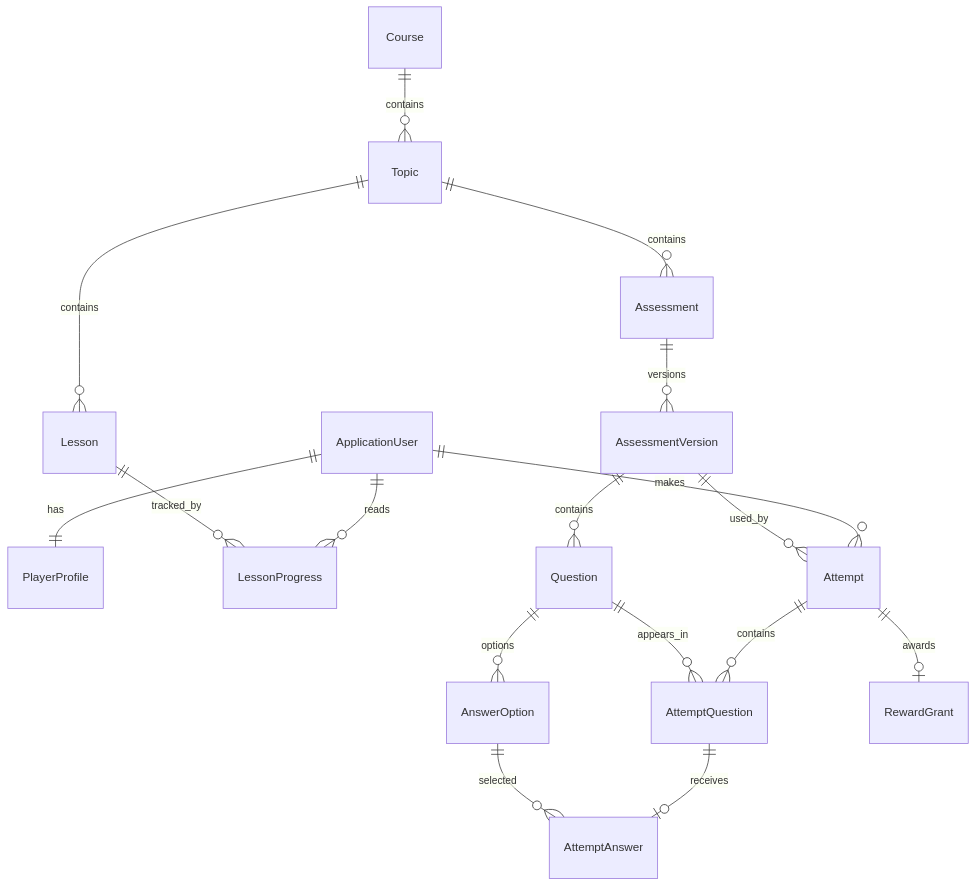
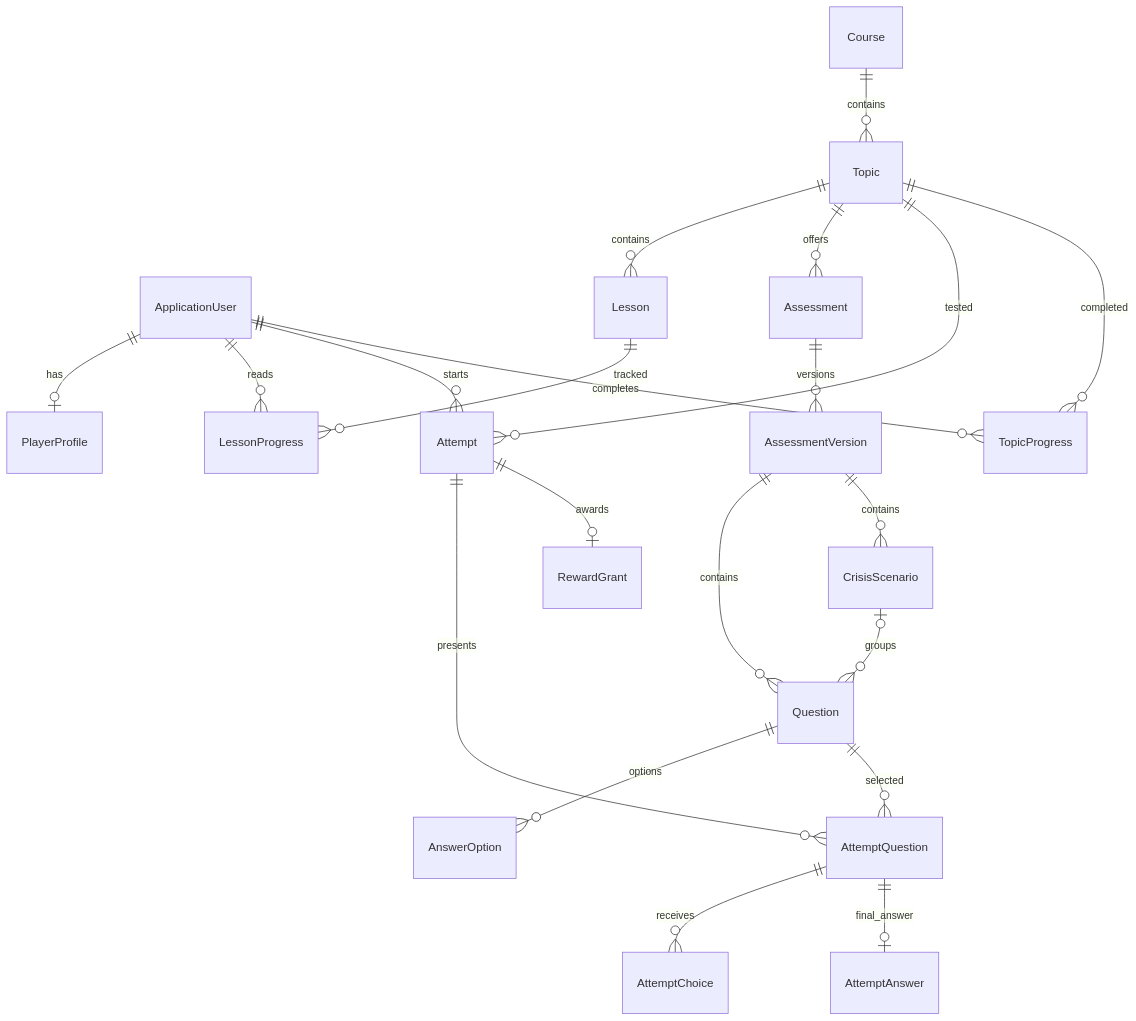
The diagram in docs/domain-model.md (Dishwasherzz/edtech-gamification-platform), drawn with Mermaid before and after one commit. The commit also changed other lines of this file and 56 other files, not shown here.

````diff
--- a/docs/domain-model.md
+++ b/docs/domain-model.md
@@ -23,19 +26,23 @@
 ```mermaid
 erDiagram
-    ApplicationUser ||--|| PlayerProfile : has
-    ApplicationUser ||--o{ LessonProgress : reads
+    ApplicationUser ||--o| PlayerProfile : has
     Course ||--o{ Topic : contains
     Topic ||--o{ Lesson : contains
-    Lesson ||--o{ LessonProgress : tracked_by
-    Topic ||--o{ Assessment : contains
+    ApplicationUser ||--o{ LessonProgress : reads
+    Lesson ||--o{ LessonProgress : tracked
+    Topic ||--o{ Assessment : offers
     Assessment ||--o{ AssessmentVersion : versions
     AssessmentVersion ||--o{ Question : contains
+    AssessmentVersion ||--o{ CrisisScenario : contains
+    CrisisScenario o|--o{ Question : groups
     Question ||--o{ AnswerOption : options
-    ApplicationUser ||--o{ Attempt : makes
-    AssessmentVersion ||--o{ Attempt : used_by
-    Attempt ||--o{ AttemptQuestion : contains
-    Question ||--o{ AttemptQuestion : appears_in
-    AttemptQuestion ||--o| AttemptAnswer : receives
-    AnswerOption ||--o{ AttemptAnswer : selected
+    ApplicationUser ||--o{ Attempt : starts
+    Topic ||--o{ Attempt : tested
+    Attempt ||--o{ AttemptQuestion : presents
+    Question ||--o{ AttemptQuestion : selected
+    AttemptQuestion ||--o{ AttemptChoice : receives
+    AttemptQuestion ||--o| AttemptAnswer : final_answer
     Attempt ||--o| RewardGrant : awards
+    Topic ||--o{ TopicProgress : completed
+    ApplicationUser ||--o{ TopicProgress : completes
 ```
````
